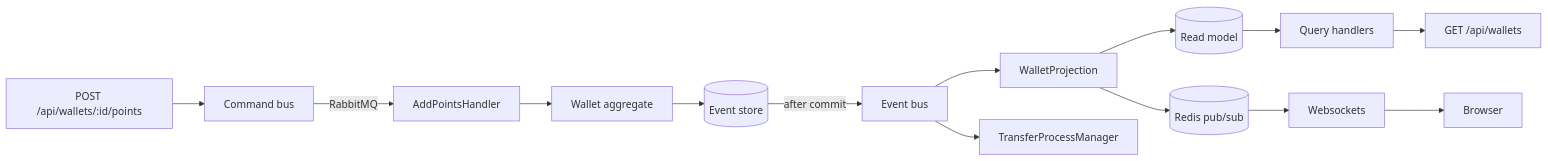
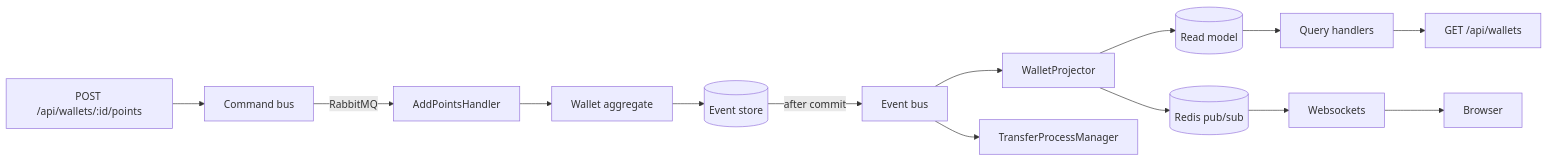
One commit to jszutkowski/cqrs changed the first of 2 diagrams in README.md. Above: the diagram before and after it, drawn with Mermaid. The commit also changed other lines of this file and 13 other files, not shown here.

````diff
--- a/README.md
+++ b/README.md
@@ -89,14 +89,14 @@
 ```mermaid
 flowchart LR
     HTTP[POST /api/wallets/:id/points] --> CB[Command bus]
     CB -->|RabbitMQ| CH[AddPointsHandler]
     CH --> AGG[Wallet aggregate]
     AGG --> ES[(Event store)]
     ES -->|after commit| EB[Event bus]
-    EB --> PROJ[WalletProjection]
+    EB --> PROJ[WalletProjector]
     EB --> PM[TransferProcessManager]
     PROJ --> RM[(Read model)]
     PROJ --> REDIS[(Redis pub/sub)]
     REDIS --> WS[Websockets] --> UI[Browser]
     RM --> QUERY[Query handlers] --> HTTPGET[GET /api/wallets]
 ```
````
